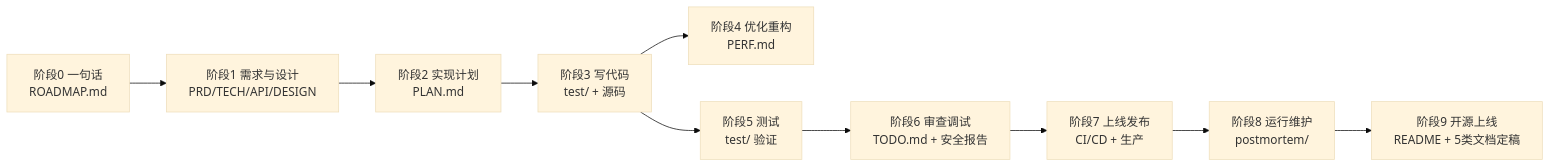
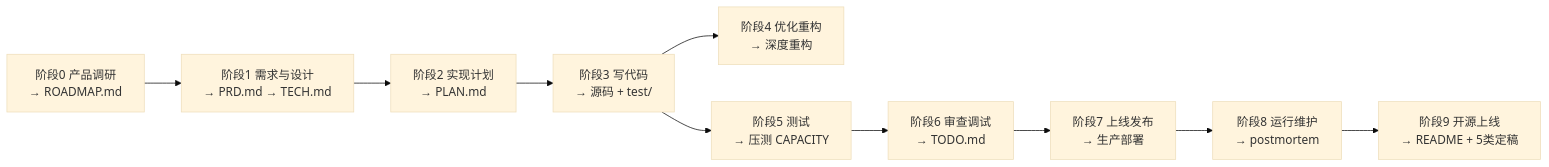
Before and after one commit to int2t05/engineering-skills: the diagram in docs/workflow-prompts.md, drawn with Mermaid (base theme). The commit also changed other lines of this file and 1 other file, not shown here.

````diff
--- a/docs/workflow-prompts.md
+++ b/docs/workflow-prompts.md
@@ -18,12 +19,12 @@
 ```mermaid
 flowchart LR
-    S0["阶段0 一句话<br/>ROADMAP.md"] --> S1["阶段1 需求与设计<br/>PRD/TECH/API/DESIGN"]
-    S1 --> S2["阶段2 实现计划<br/>PLAN.md"]
-    S2 --> S3["阶段3 写代码<br/>test/ + 源码"]
-    S3 --> S4["阶段4 优化重构<br/>PERF.md"]
-    S3 --> S5["阶段5 测试<br/>test/ 验证"]
-    S5 --> S6["阶段6 审查调试<br/>TODO.md + 安全报告"]
-    S6 --> S7["阶段7 上线发布<br/>CI/CD + 生产"]
-    S7 --> S8["阶段8 运行维护<br/>postmortem/"]
-    S8 --> S9["阶段9 开源上线<br/>README + 5类文档定稿"]
+    S0["阶段0 产品调研<br/>→ ROADMAP.md"] --> S1["阶段1 需求与设计<br/>→ PRD.md → TECH.md"]
+    S1 --> S2["阶段2 实现计划<br/>→ PLAN.md"]
+    S2 --> S3["阶段3 写代码<br/>→ 源码 + test/"]
+    S3 --> S4["阶段4 优化重构<br/>→ 深度重构"]
+    S3 --> S5["阶段5 测试<br/>→ 压测 CAPACITY"]
+    S5 --> S6["阶段6 审查调试<br/>→ TODO.md"]
+    S6 --> S7["阶段7 上线发布<br/>→ 生产部署"]
+    S7 --> S8["阶段8 运行维护<br/>→ postmortem"]
+    S8 --> S9["阶段9 开源上线<br/>→ README + 5类定稿"]
 ```
````
